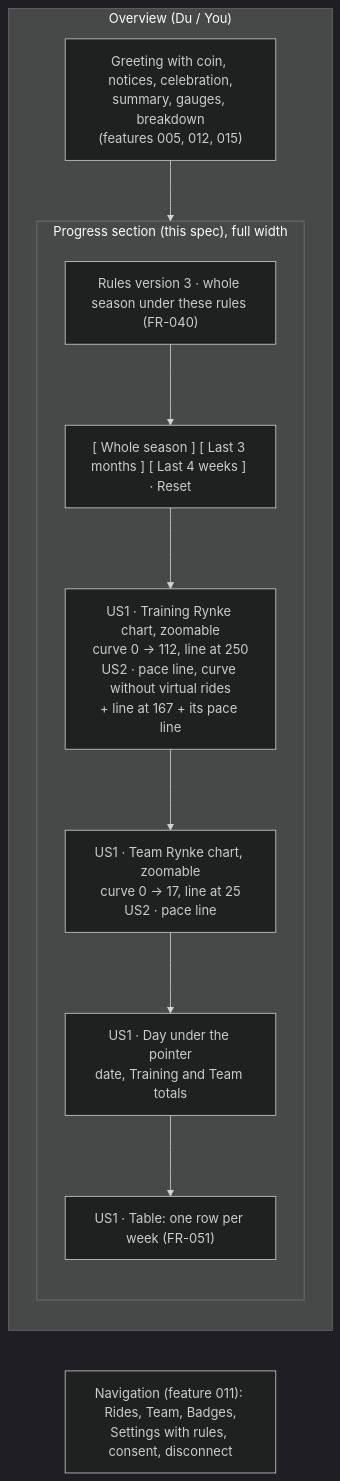
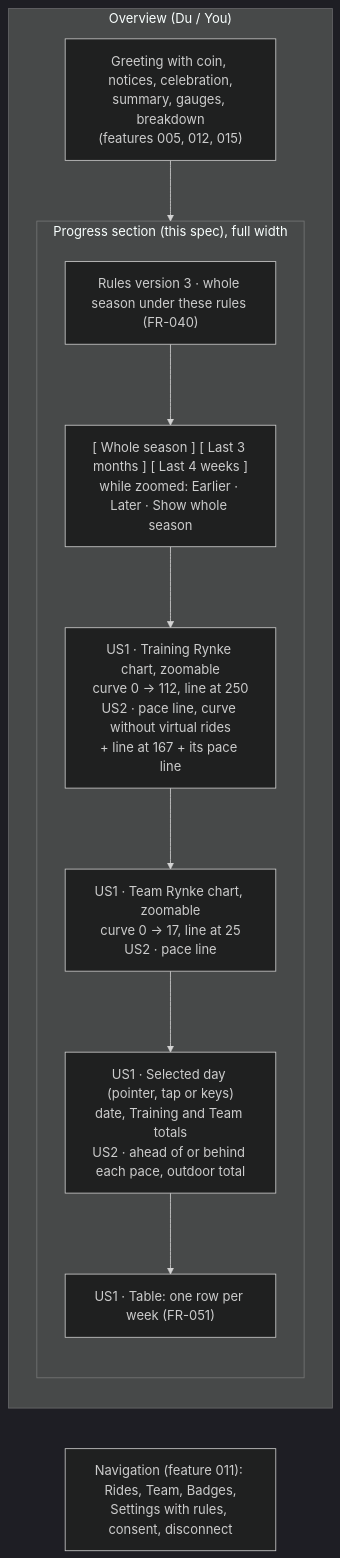
One commit to SaSteffen/RynkePoints changed the fourth of 9 diagrams in specs/009-rider-progress-charts/spec.md. Above: the diagram before and after it, drawn with Mermaid (dark theme). The commit also changed other lines of this file and 6 other files, not shown here.

````diff
--- a/specs/009-rider-progress-charts/spec.md
+++ b/specs/009-rider-progress-charts/spec.md
@@ -719,20 +718,20 @@
 ```mermaid
 flowchart TB
     subgraph page["Overview (Du / You)"]
         direction TB
         before["Greeting with coin, notices, celebration,<br/>summary, gauges, breakdown<br/>(features 005, 012, 015)"]
         subgraph section["Progress section (this spec), full width"]
             direction TB
             label["Rules version 3 · whole season under these rules (FR-040)"]
-            periods["[ Whole season ] [ Last 3 months ] [ Last 4 weeks ] · Reset"]
+            periods["[ Whole season ] [ Last 3 months ] [ Last 4 weeks ]<br/>while zoomed: Earlier · Later · Show whole season"]
             c1["US1 · Training Rynke chart, zoomable<br/>curve 0 → 112, line at 250<br/>US2 · pace line, curve without virtual rides<br/>+ line at 167 + its pace line"]
             c2["US1 · Team Rynke chart, zoomable<br/>curve 0 → 17, line at 25<br/>US2 · pace line"]
-            details["US1 · Day under the pointer<br/>date, Training and Team totals"]
+            details["US1 · Selected day (pointer, tap or keys)<br/>date, Training and Team totals<br/>US2 · ahead of or behind each pace, outdoor total"]
             table["US1 · Table: one row per week (FR-051)"]
             label --> periods --> c1 --> c2 --> details --> table
         end
         before --> section
     end
     nav["Navigation (feature 011): Rides, Team, Badges,<br/>Settings with rules, consent, disconnect"]
     page ~~~ nav
 ```
````
